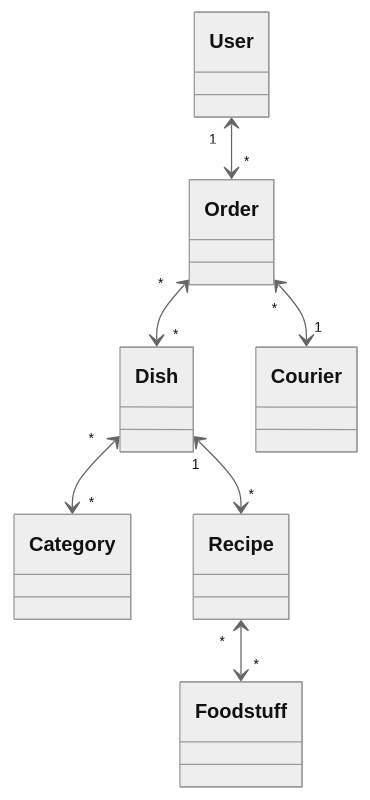
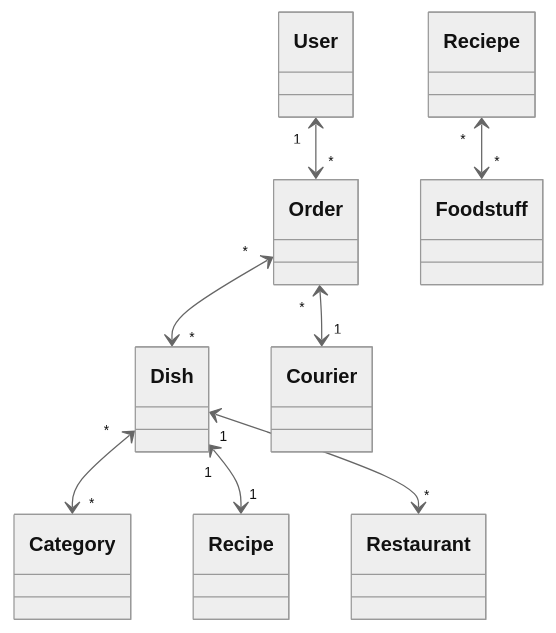
The diagram in README.md (akvamarinel/HighLoad), drawn with Mermaid (neutral theme) before and after one commit.

Commit message:
docs: update documentation (README.md)

````diff
--- a/README.md
+++ b/README.md
@@ -12,9 +12,10 @@
 ```mermaid
 	classDiagram
 	User "1" <--> "*" Order
 	Order "*" <--> "*" Dish
 	Order "*" <--> "1" Courier
 	Dish "*" <--> "*" Category
-	Dish "1" <--> "*" Recipe 
-	Recipe "*" <--> "*" Foodstuff
+	Dish "1" <--> "1" Recipe
+	Reciepe "*" <--> "*" Foodstuff 
+	Dish "1" <--> "*" Restaurant
 ```
````
